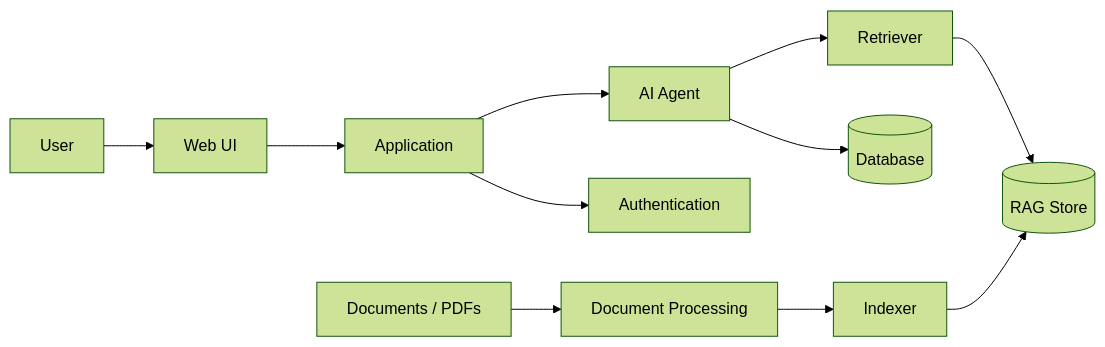
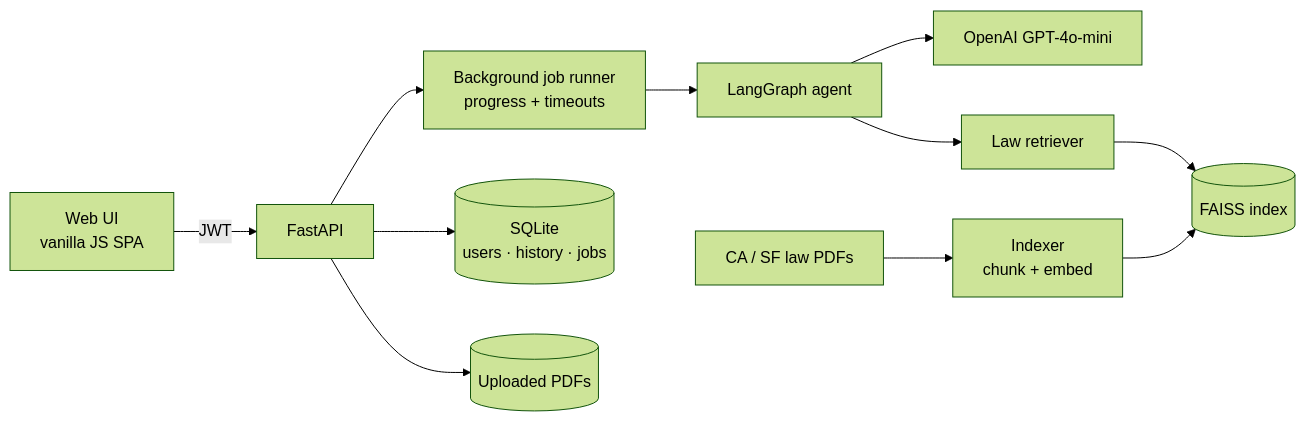
One commit to fardaevm/leazard changed the first of 2 diagrams in README.md. Above: the diagram before and after it, drawn with Mermaid (forest theme). The commit also changed other lines of this file and 7 other files, not shown here.

````diff
--- a/README.md
+++ b/README.md
@@ -13,16 +43,12 @@
 ```mermaid
 flowchart LR
-    U[User] --> UI[Web UI]
-    UI --> API[Application]
-    API --> A[AI Agent]
-
-    A --> R[Retriever]
-    R --> V[(RAG Store)]
-
-    D[Documents / PDFs] --> P[Document Processing]
-    P --> I[Indexer]
-    I --> V
-
-    A --> DB[(Database)]
-    API --> AUTH[Authentication]
+    UI[Web UI<br/>vanilla JS SPA] -->|JWT| API[FastAPI]
+    API --> JOBS[Background job runner<br/>progress + timeouts]
+    JOBS --> G[LangGraph agent]
+    G --> LLM[OpenAI GPT-4o-mini]
+    G --> RET[Law retriever]
+    RET --> FAISS[(FAISS index)]
+    LAW[CA / SF law PDFs] --> IDX[Indexer<br/>chunk + embed] --> FAISS
+    API --> DB[(SQLite<br/>users · history · jobs)]
+    API --> FS[(Uploaded PDFs)]
 ```
````
